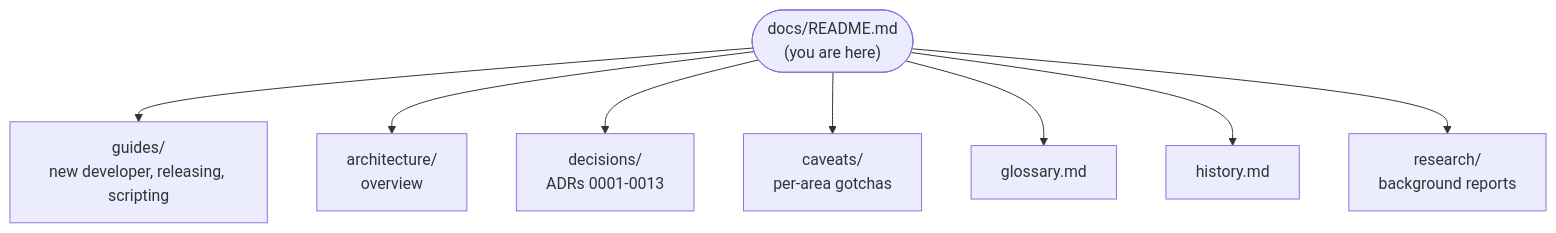
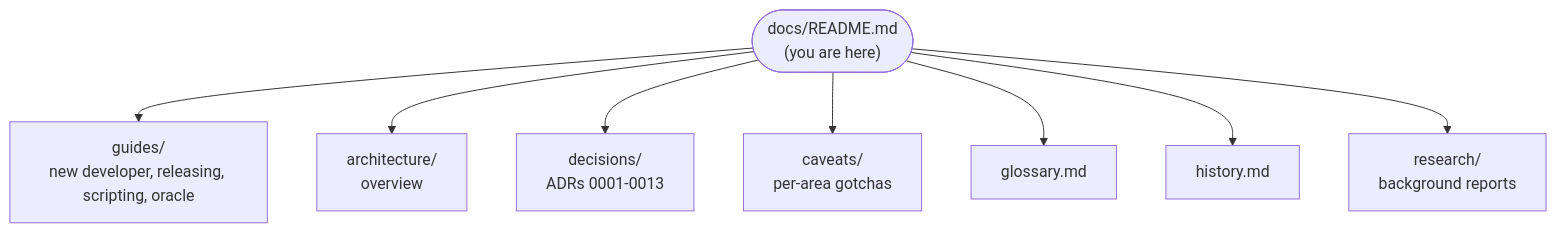
Before and after one commit to joebarbere/controls: the diagram in docs/README.md, drawn with Mermaid. The commit also changed other lines of this file and 1033 other files, not shown here.

````diff
--- a/docs/README.md
+++ b/docs/README.md
@@ -5,11 +5,11 @@
 ```mermaid
 flowchart TD
     HUB(["docs/README.md<br/>(you are here)"])
-    HUB --> G["guides/<br/>new developer, releasing, scripting"]
+    HUB --> G["guides/<br/>new developer, releasing, scripting, oracle"]
     HUB --> A["architecture/<br/>overview"]
     HUB --> D["decisions/<br/>ADRs 0001-0013"]
     HUB --> C["caveats/<br/>per-area gotchas"]
     HUB --> GL["glossary.md"]
     HUB --> H["history.md"]
     HUB --> R["research/<br/>background reports"]
 ```
````
